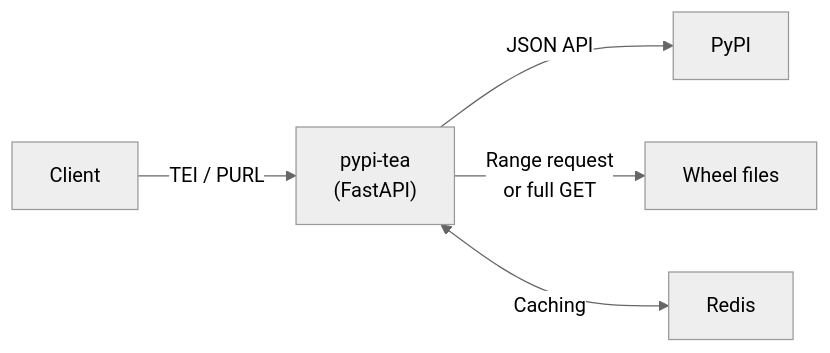
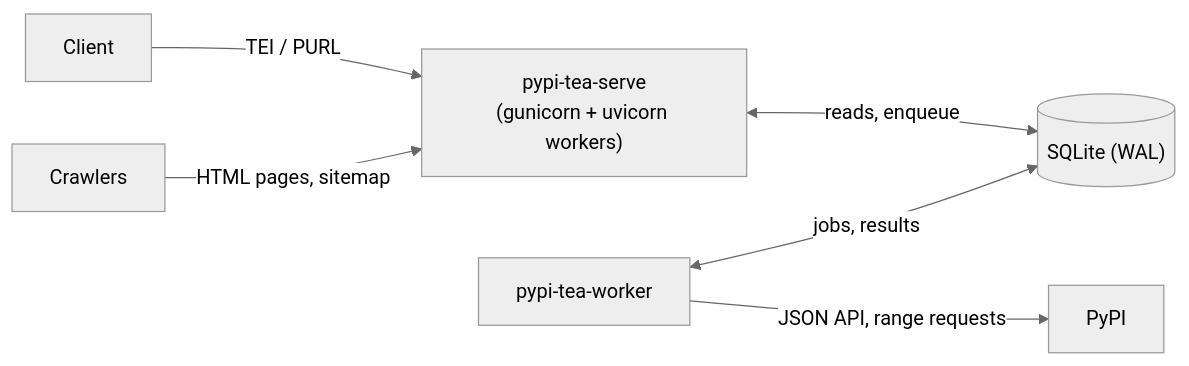
One commit to sbomify/pypi-tea changed the diagram in README.md. Above: the diagram before and after it, drawn with Mermaid (neutral theme). The commit also changed other lines of this file and 54 other files, not shown here.

First line of the commit message:
Rewrite around a SQLite store and an out-of-band ingest worker

````diff
--- a/README.md
+++ b/README.md
@@ -24,7 +25,8 @@
 ```mermaid
 graph LR
-    Client -->|TEI / PURL| App["pypi-tea<br/>(FastAPI)"]
-    App -->|JSON API| PyPI
-    App -->|Range request<br/>or full GET| Wheels["Wheel files"]
-    App <-->|Caching| Redis
+    Client -->|TEI / PURL| API["pypi-tea-serve<br/>(gunicorn + uvicorn workers)"]
+    Crawler["Crawlers"] -->|HTML pages, sitemap| API
+    API <-->|reads, enqueue| DB[("SQLite (WAL)")]
+    Worker["pypi-tea-worker"] <-->|jobs, results| DB
+    Worker -->|JSON API, range requests| PyPI
 ```
````
